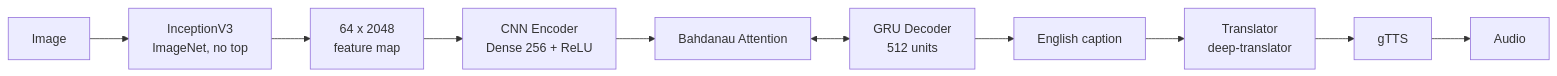
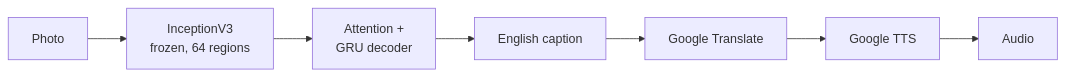
Before and after one commit to Anudeepthi905/multilingual-image-captioning: the diagram in README.md, drawn with Mermaid. The commit also changed other lines of this file and 2 other files, not shown here.

````diff
--- a/README.md
+++ b/README.md
@@ -19,12 +25,9 @@
 ```mermaid
 flowchart LR
-    A[Image] --> B[InceptionV3<br/>ImageNet, no top]
-    B --> C[64 x 2048<br/>feature map]
-    C --> D[CNN Encoder<br/>Dense 256 + ReLU]
-    D --> E[Bahdanau Attention]
-    E <--> F[GRU Decoder<br/>512 units]
-    F --> G[English caption]
-    G --> H[Translator<br/>deep-translator]
-    H --> I[gTTS]
-    I --> J[Audio]
+    A[Photo] --> B[InceptionV3<br/>frozen, 64 regions]
+    B --> C[Attention +<br/>GRU decoder]
+    C --> D[English caption]
+    D --> E[Google Translate]
+    E --> F[Google TTS]
+    F --> G[Audio]
 ```
````
